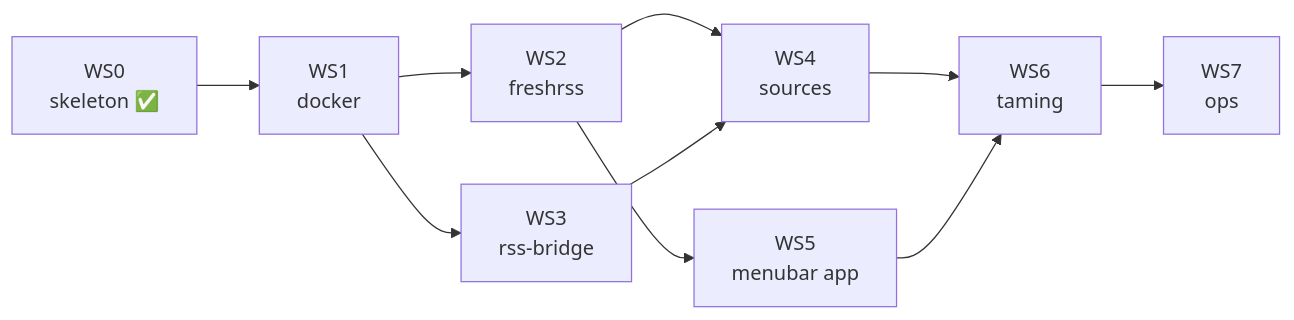
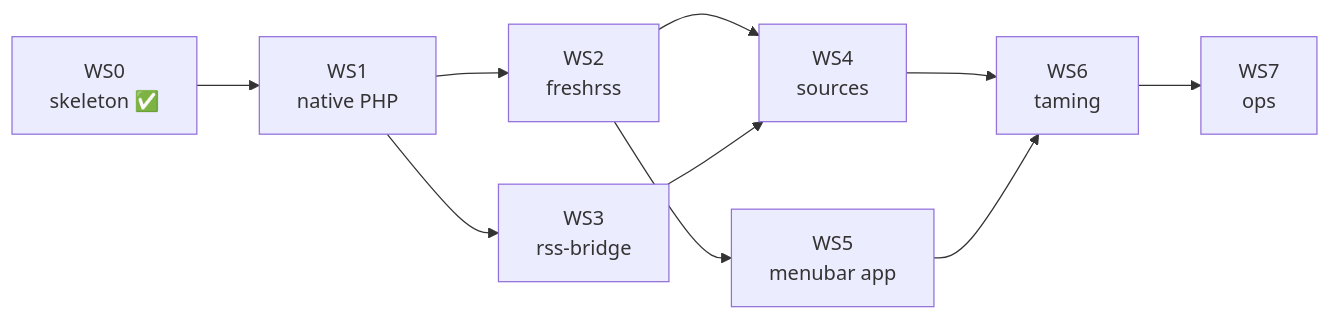
One commit to afrogenesurvive/glass_candle_tv changed the second of 2 diagrams in docs/implementation_plan.md. Above: the diagram before and after it, drawn with Mermaid. The commit also changed other lines of this file and 22 other files, not shown here.

````diff
--- a/docs/implementation_plan.md
+++ b/docs/implementation_plan.md
@@ -171,12 +215,12 @@
 ```mermaid
 graph LR
-  WS0["WS0<br/>skeleton ✅"] --> WS1["WS1<br/>docker"]
+  WS0["WS0<br/>skeleton ✅"] --> WS1["WS1<br/>native PHP"]
   WS1 --> WS2["WS2<br/>freshrss"]
   WS1 --> WS3["WS3<br/>rss-bridge"]
   WS2 --> WS4["WS4<br/>sources"]
   WS3 --> WS4
   WS2 --> WS5["WS5<br/>menubar app"]
   WS4 --> WS6["WS6<br/>taming"]
   WS5 --> WS6
   WS6 --> WS7["WS7<br/>ops"]
 ```
````
